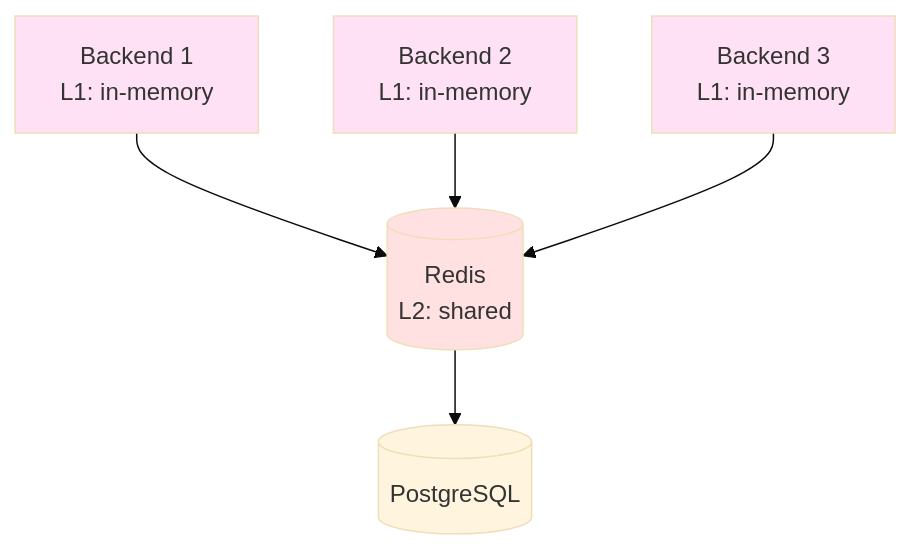
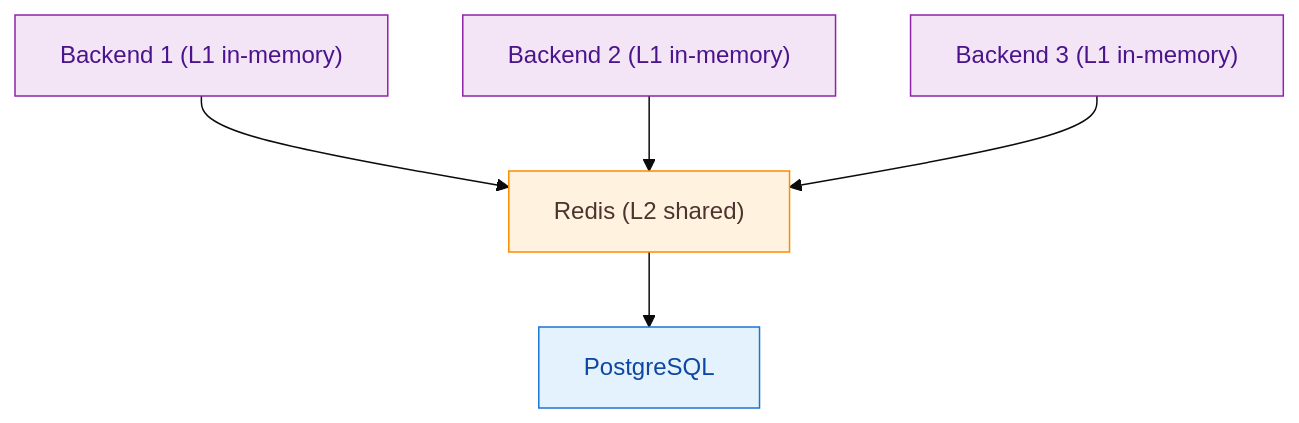
Before and after one commit to savinmikhail/advanced-system-design: the sixth of 19 diagrams in cache/readme.md, drawn with Mermaid (base theme). The commit also changed other lines of this file, not shown here.

Commit message:
вырвиглазный контраст схем, нечитаемый текст часто, редис можно квадратиками рисовать

````diff
--- a/cache/readme.md
+++ b/cache/readme.md
@@ -352,18 +359,21 @@
 ```mermaid
 graph TB
-    B1[Backend 1<br/>L1: in-memory]
-    B2[Backend 2<br/>L1: in-memory]
-    B3[Backend 3<br/>L1: in-memory]
-    Redis[(Redis<br/>L2: shared)]
-    DB[(PostgreSQL)]
+    B1["Backend 1 (L1 in-memory)"]
+    B2["Backend 2 (L1 in-memory)"]
+    B3["Backend 3 (L1 in-memory)"]
+    Redis["Redis (L2 shared)"]
+    DB["PostgreSQL"]
     
     B1 --> Redis
     B2 --> Redis
     B3 --> Redis
     Redis --> DB
-    
-    style B1 fill:#ffe1f5
-    style B2 fill:#ffe1f5
-    style B3 fill:#ffe1f5
-    style Redis fill:#ffe1e1
+
+    classDef backendL1 fill:#f3e5f5,stroke:#8e24aa,color:#4a148c;
+    classDef cache fill:#fff3e0,stroke:#fb8c00,color:#4e342e;
+    classDef db fill:#e3f2fd,stroke:#1976d2,color:#0d47a1;
+
+    class B1,B2,B3 backendL1;
+    class Redis cache;
+    class DB db;
 ```
````
